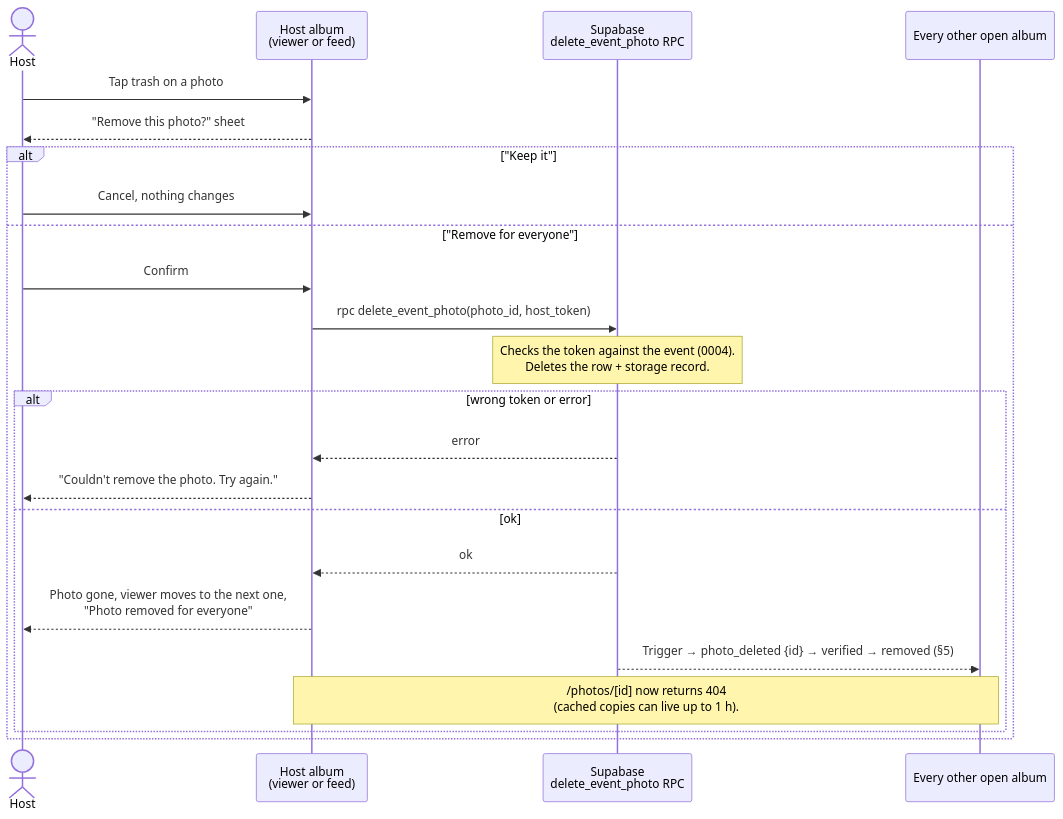
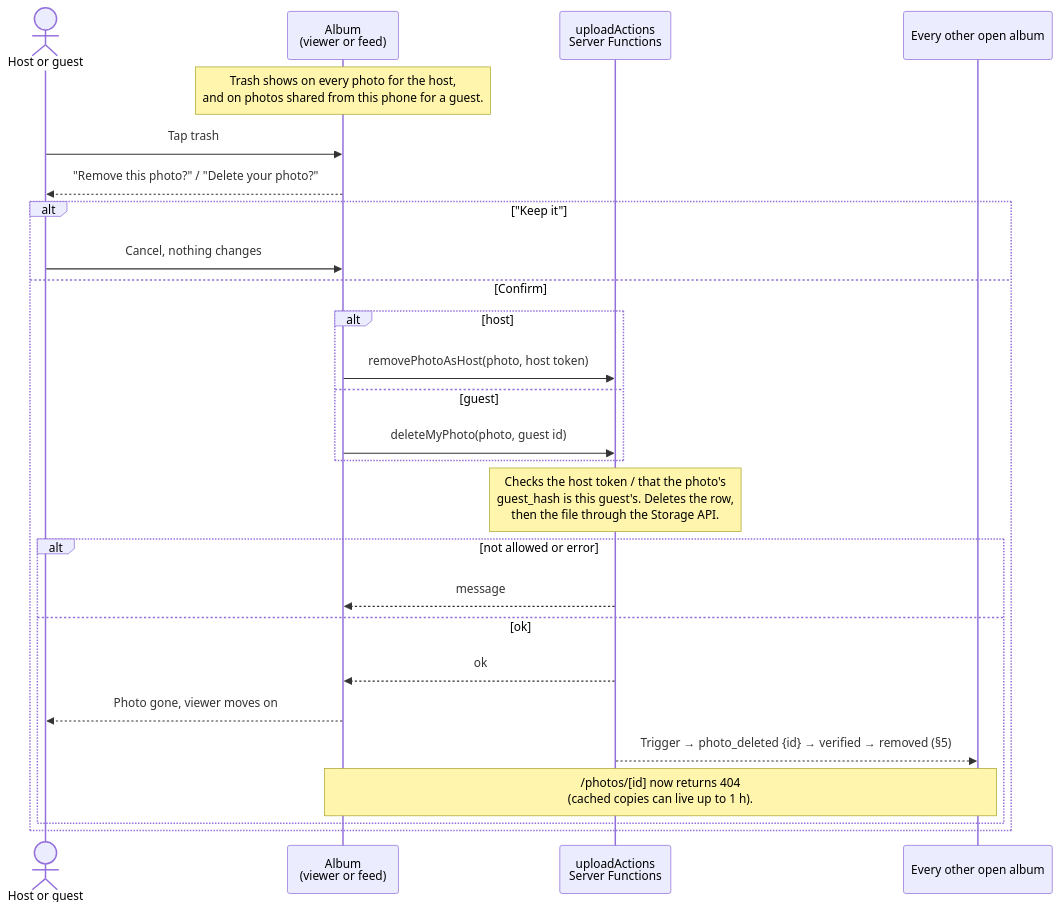
One commit to ebraheemfataar/event-photos-app changed the sixth of 8 diagrams in docs/FLOWS.md. Above: the diagram before and after it, drawn with Mermaid. The commit also changed other lines of this file and 17 other files, not shown here.

First line of the commit message:
Phase 2c: server-checked uploads, rate limits, guests delete their own

````diff
--- a/docs/FLOWS.md
+++ b/docs/FLOWS.md
@@ -175,26 +185,29 @@
 ```mermaid
 sequenceDiagram
-    actor Host
-    participant Album as Host album<br/>(viewer or feed)
-    participant DB as Supabase<br/>delete_event_photo RPC
+    actor Person as Host or guest
+    participant Album as Album<br/>(viewer or feed)
+    participant Server as uploadActions<br/>Server Functions
     participant Others as Every other open album
 
-    Host->>Album: Tap trash on a photo
-    Album-->>Host: "Remove this photo?" sheet
+    Note over Album: Trash shows on every photo for the host,<br/>and on photos shared from this phone for a guest.
+    Person->>Album: Tap trash
+    Album-->>Person: "Remove this photo?" / "Delete your photo?"
     alt "Keep it"
-        Host->>Album: Cancel, nothing changes
-    else "Remove for everyone"
-        Host->>Album: Confirm
-        Album->>DB: rpc delete_event_photo(photo_id, host_token)
-        Note over DB: Checks the token against the event (0004).<br/>Deletes the row + storage record.
-        alt wrong token or error
-            DB-->>Album: error
-            Album-->>Host: "Couldn't remove the photo. Try again."
+        Person->>Album: Cancel, nothing changes
+    else Confirm
+        alt host
+            Album->>Server: removePhotoAsHost(photo, host token)
+        else guest
+            Album->>Server: deleteMyPhoto(photo, guest id)
+        end
+        Note over Server: Checks the host token / that the photo's<br/>guest_hash is this guest's. Deletes the row,<br/>then the file through the Storage API.
+        alt not allowed or error
+            Server-->>Album: message
         else ok
-            DB-->>Album: ok
-            Album-->>Host: Photo gone, viewer moves to the next one,<br/>"Photo removed for everyone"
-            DB-->>Others: Trigger → photo_deleted {id} → verified → removed (§5)
+            Server-->>Album: ok
+            Album-->>Person: Photo gone, viewer moves on
+            Server-->>Others: Trigger → photo_deleted {id} → verified → removed (§5)
             Note over Album,Others: /photos/[id] now returns 404<br/>(cached copies can live up to 1 h).
         end
     end
 ```
````
